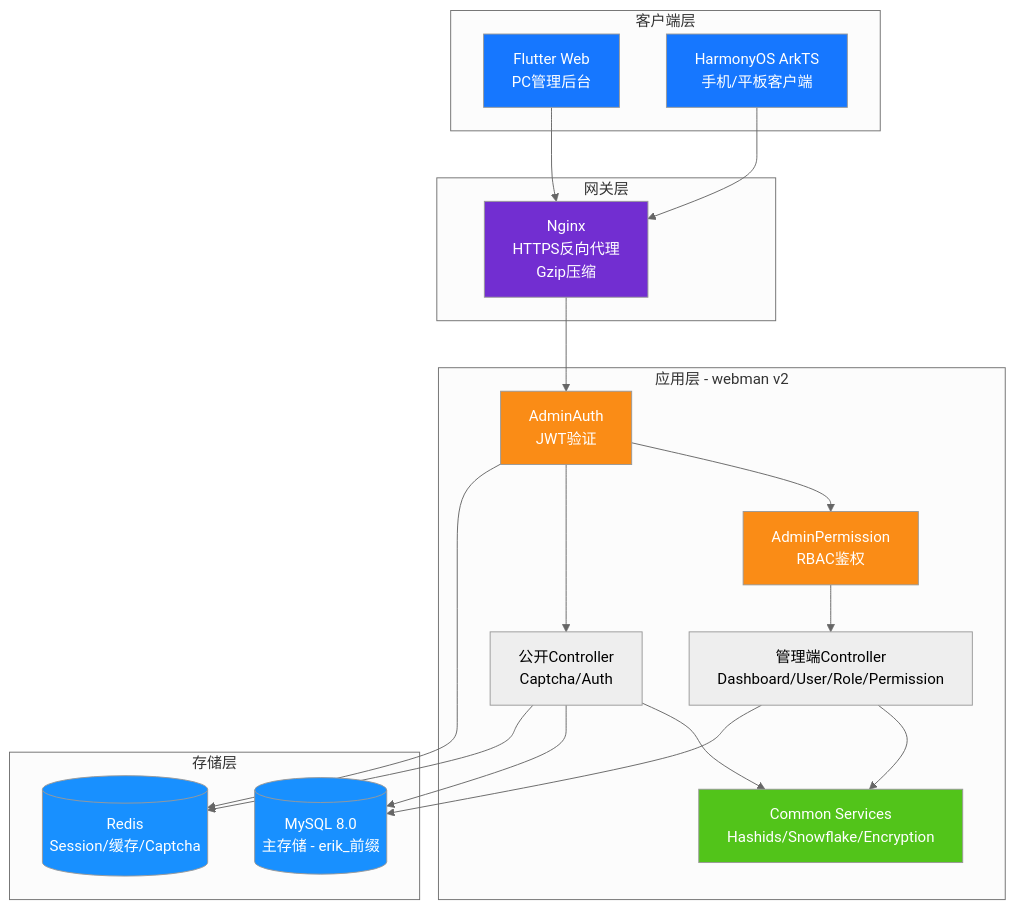
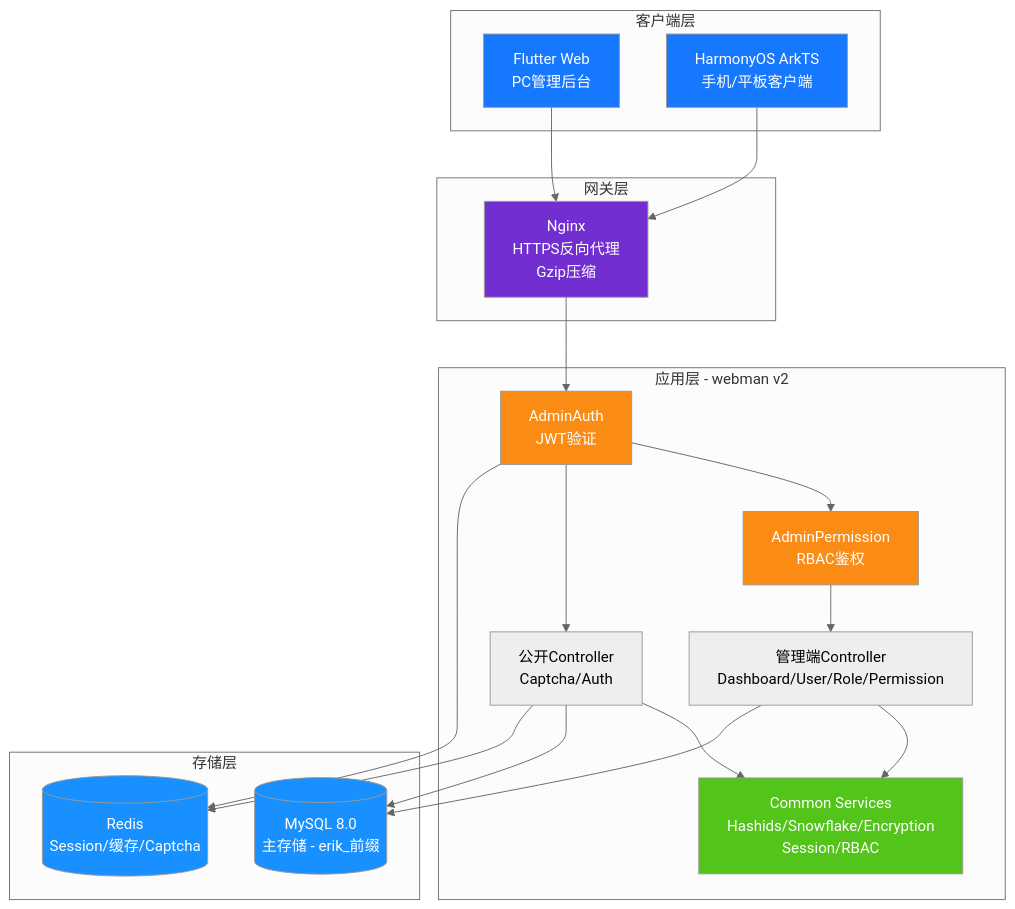
Before and after one commit to erikwang2013/open-admin: the diagram in docs/diagrams/01-system-architecture.md, drawn with Mermaid (neutral theme). The commit also changed 62 other files, not shown here.

````diff
--- a/docs/diagrams/01-system-architecture.md
+++ b/docs/diagrams/01-system-architecture.md
@@ -3,46 +3,46 @@
 ```mermaid
 flowchart TB
     subgraph clients["客户端层"]
         flutter["Flutter Web<br/>PC管理后台"]
         harmony["HarmonyOS ArkTS<br/>手机/平板客户端"]
     end
 
     subgraph gateway["网关层"]
         nginx["Nginx<br/>HTTPS反向代理<br/>Gzip压缩"]
     end
 
     subgraph app["应用层 - webman v2"]
         auth["AdminAuth<br/>JWT验证"]
         perm["AdminPermission<br/>RBAC鉴权"]
         admin["管理端Controller<br/>Dashboard/User/Role/Permission"]
         public["公开Controller<br/>Captcha/Auth"]
-        common["Common Services<br/>Hashids/Snowflake/Encryption"]
+        common["Common Services<br/>Hashids/Snowflake/Encryption<br/>Session/RBAC"]
     end
 
     subgraph storage["存储层"]
         mysql[("MySQL 8.0<br/>主存储 - erik_前缀")]
         redis[("Redis<br/>Session/缓存/Captcha")]
     end
 
     flutter --> nginx
     harmony --> nginx
     nginx --> auth
     auth --> perm
     perm --> admin
     auth --> public
     admin --> common
     public --> common
     admin --> mysql
     public --> mysql
     auth --> redis
     public --> redis
 
     style flutter fill:#1677FF,color:#fff
     style harmony fill:#1677FF,color:#fff
     style nginx fill:#722ED1,color:#fff
     style auth fill:#FA8C16,color:#fff
     style perm fill:#FA8C16,color:#fff
     style common fill:#52C41A,color:#fff
     style mysql fill:#1890FF,color:#fff
     style redis fill:#1890FF,color:#fff
 ```
````
